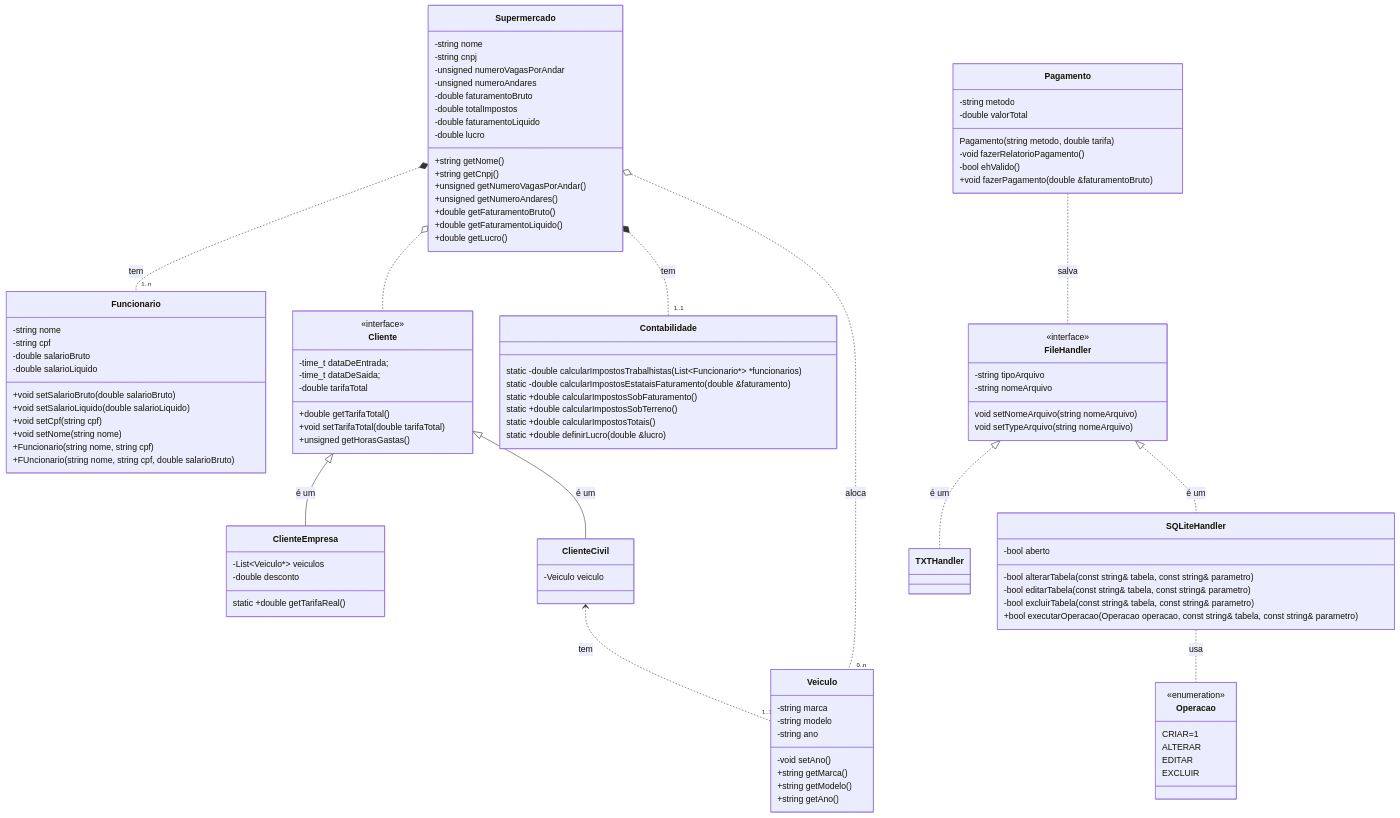
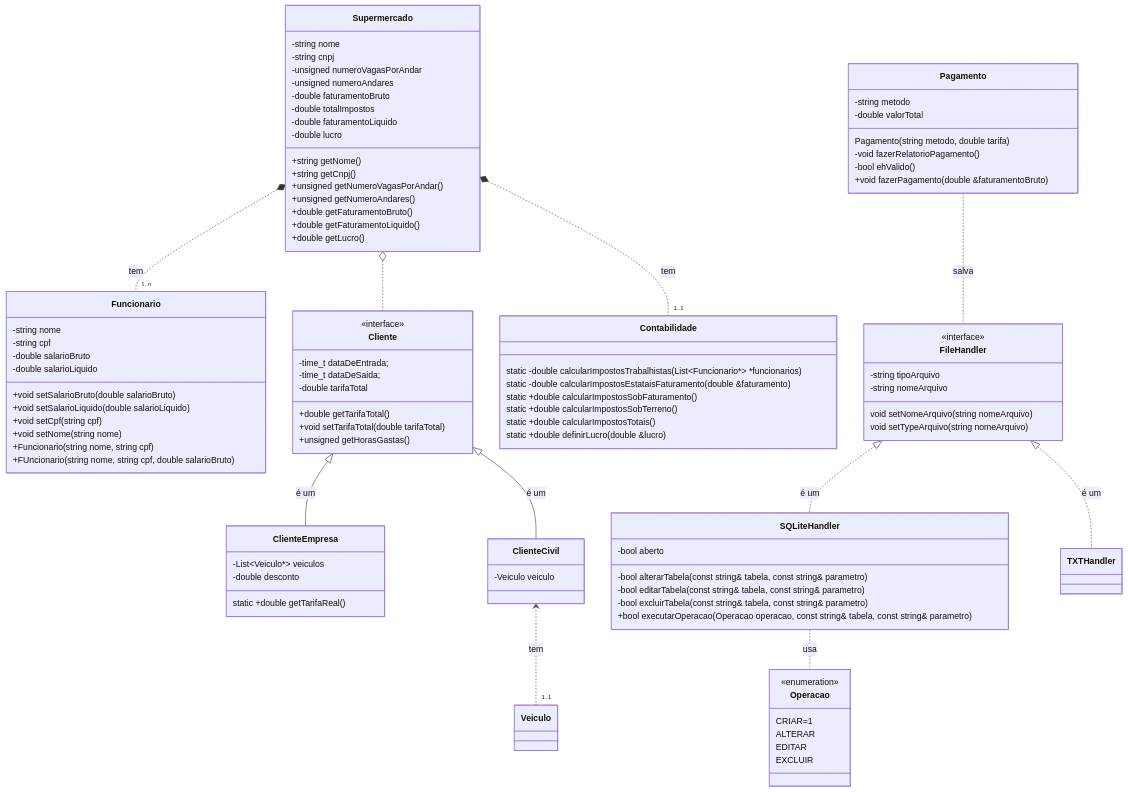
One commit to Dannzcd/smart-market changed the diagram in docs/diagramas/diagrama.mermaid. Above: the diagram before and after it, drawn with Mermaid.

Commit message:
Atualizando diagrama.mermaid

````diff
--- a/docs/diagramas/diagrama.mermaid
+++ b/docs/diagramas/diagrama.mermaid
@@ -1,3 +1,5 @@
+```mermaid
+
 classDiagram
 
 class Funcionario{
@@ -75,19 +77,6 @@
 
 Supermercado o.. Cliente
 
-class Veiculo{
-    -string marca
-    -string modelo
-    -string ano
-    -void setAno()
-
-    +string getMarca()
-    +string getModelo()
-    +string getAno()
-}
-
-Supermercado o.. "0..n" Veiculo: aloca
-
 class Contabilidade{
     static -double calcularImpostosTrabalhistas(List~Funcionario*~ *funcionarios)
     static -double calcularImpostosEstataisFaturamento(double &faturamento)
@@ -136,3 +125,5 @@
 FileHandler <|.. SQLiteHandler: é um
 SQLiteHandler .. Operacao: usa
 Pagamento .. FileHandler: salva
+
+```
````
